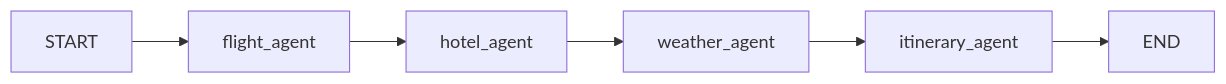
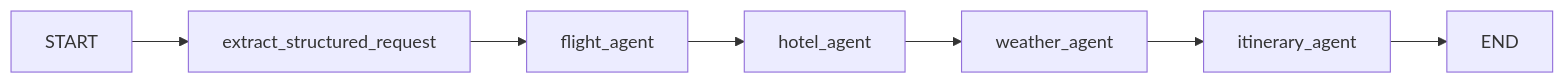
The diagram in project_analysis_report.md (Devanesh338/Agentic-AI-Project-), drawn with Mermaid before and after one commit. The commit also changed other lines of this file and 914 other files, not shown here.

````diff
--- a/project_analysis_report.md
+++ b/project_analysis_report.md
@@ -52,4 +62,4 @@
 ```mermaid
 graph LR
-    START --> flight_agent --> hotel_agent --> weather_agent --> itinerary_agent --> END
+    START --> extract_structured_request --> flight_agent --> hotel_agent --> weather_agent --> itinerary_agent --> END
 ```
````
